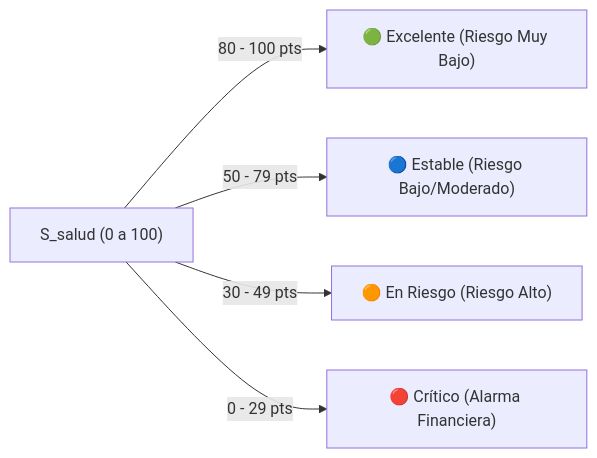
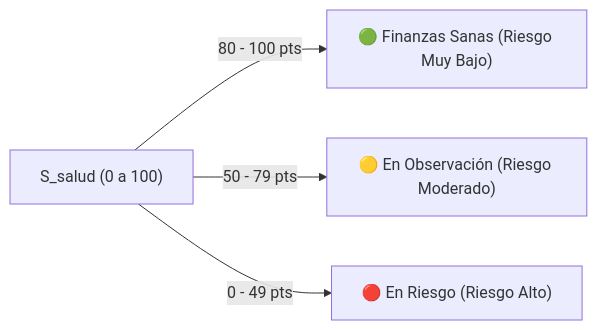
Before and after one commit to No-Country-simulation/G9-LATAM-Team-38: the second of 3 diagrams in reglas_de_negocio.md, drawn with Mermaid.

Commit message:
Update: reglas del negocio

````diff
--- a/reglas_de_negocio.md
+++ b/reglas_de_negocio.md
@@ -114,8 +114,7 @@
 ```mermaid
 graph LR
     Score["S_salud (0 a 100)"]
-    Score -->|80 - 100 pts| Exc["🟢 Excelente (Riesgo Muy Bajo)"]
-    Score -->|50 - 79 pts| Est["🔵 Estable (Riesgo Bajo/Moderado)"]
-    Score -->|30 - 49 pts| Rie["🟠 En Riesgo (Riesgo Alto)"]
-    Score -->|0 - 29 pts| Cri["🔴 Crítico (Alarma Financiera)"]
+    Score -->|80 - 100 pts| San["🟢 Finanzas Sanas (Riesgo Muy Bajo)"]
+    Score -->|50 - 79 pts| Obs["🟡 En Observación (Riesgo Moderado)"]
+    Score -->|0 - 49 pts| Rie["🔴 En Riesgo (Riesgo Alto)"]
 ```
````
